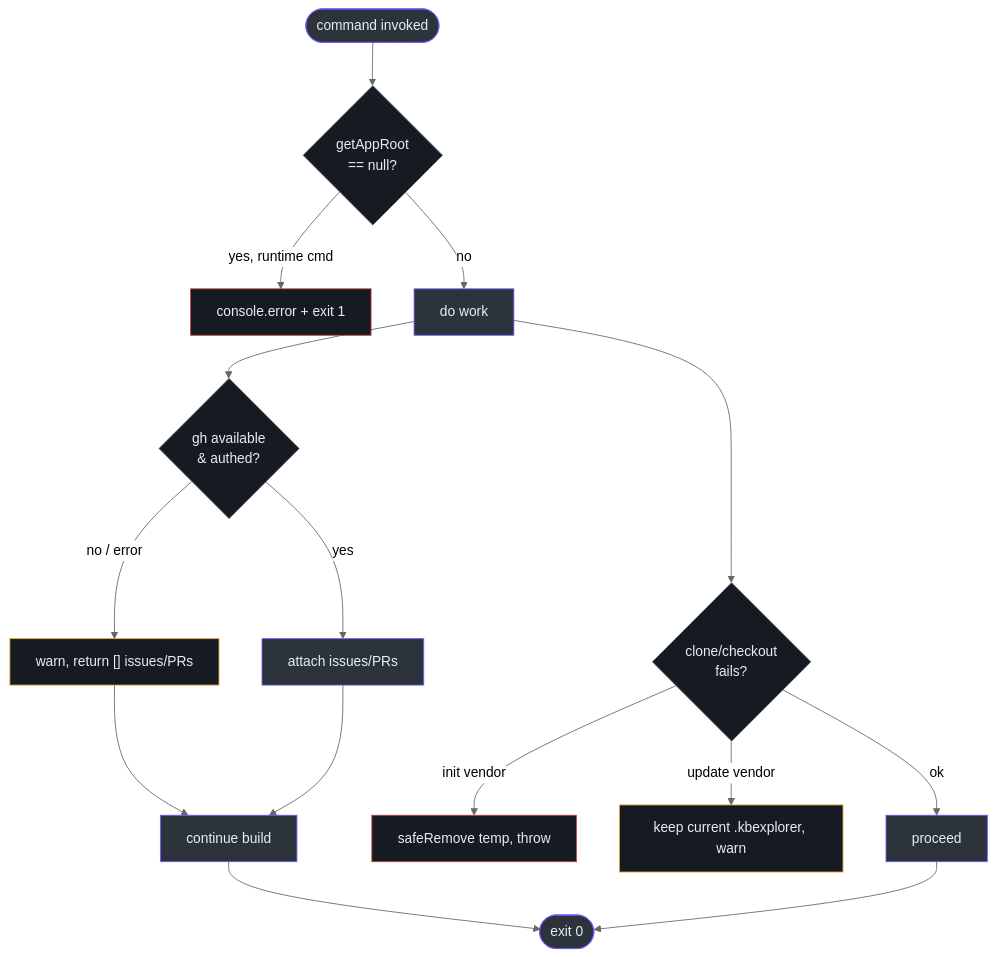
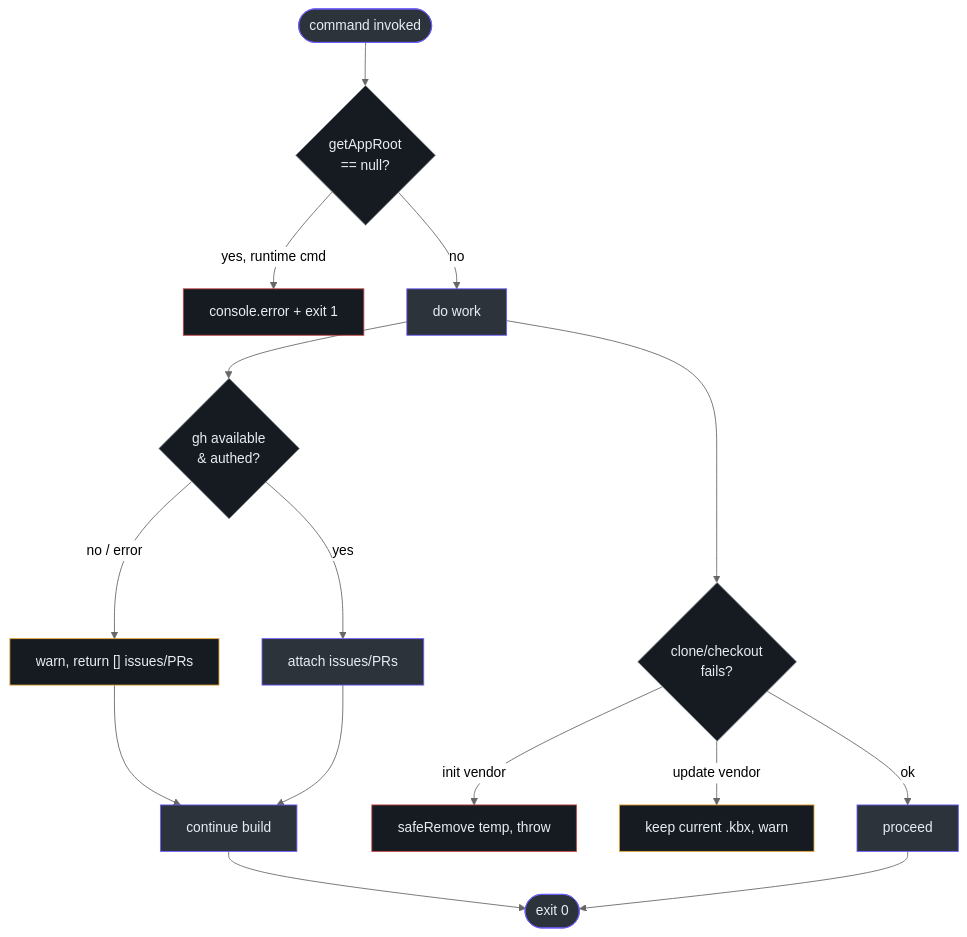
One commit to anokye-labs/kbexplorer-cli changed the seventh of 7 diagrams in docs/onboarding/contributor-guide.md. Above: the diagram before and after it, drawn with Mermaid (neutral theme). The commit also changed other lines of this file and 150 other files, not shown here.

First line of the commit message:
rename: kbexplorer CLI → kbx (#128)

````diff
--- a/docs/onboarding/contributor-guide.md
+++ b/docs/onboarding/contributor-guide.md
@@ -855,25 +855,25 @@
 ```mermaid
 flowchart TD
     start([command invoked]):::n --> approot{getAppRoot<br>== null?}:::d
     approot -->|yes, runtime cmd| die["console.error + exit 1"]:::err
     approot -->|no| work[do work]:::n
 
     work --> gh{gh available<br>& authed?}:::d
     gh -->|no / error| warnskip["warn, return [] issues/PRs"]:::warn
     gh -->|yes| data[attach issues/PRs]:::n
     warnskip --> cont[continue build]:::n
     data --> cont
 
     work --> clone{clone/checkout<br>fails?}:::d
     clone -->|init vendor| cleanup["safeRemove temp, throw"]:::err
-    clone -->|update vendor| keepcur["keep current .kbexplorer, warn"]:::warn
+    clone -->|update vendor| keepcur["keep current .kbx, warn"]:::warn
     clone -->|ok| proceed[proceed]:::n
 
     cont --> done([exit 0]):::n
     proceed --> done
 
     classDef n fill:#2d333b,stroke:#6d5dfc,color:#e6edf3
     classDef d fill:#161b22,stroke:#8b949e,color:#e6edf3
     classDef warn fill:#161b22,stroke:#E8A838,color:#e6edf3
     classDef err fill:#161b22,stroke:#C04040,color:#e6edf3
 ```
````
